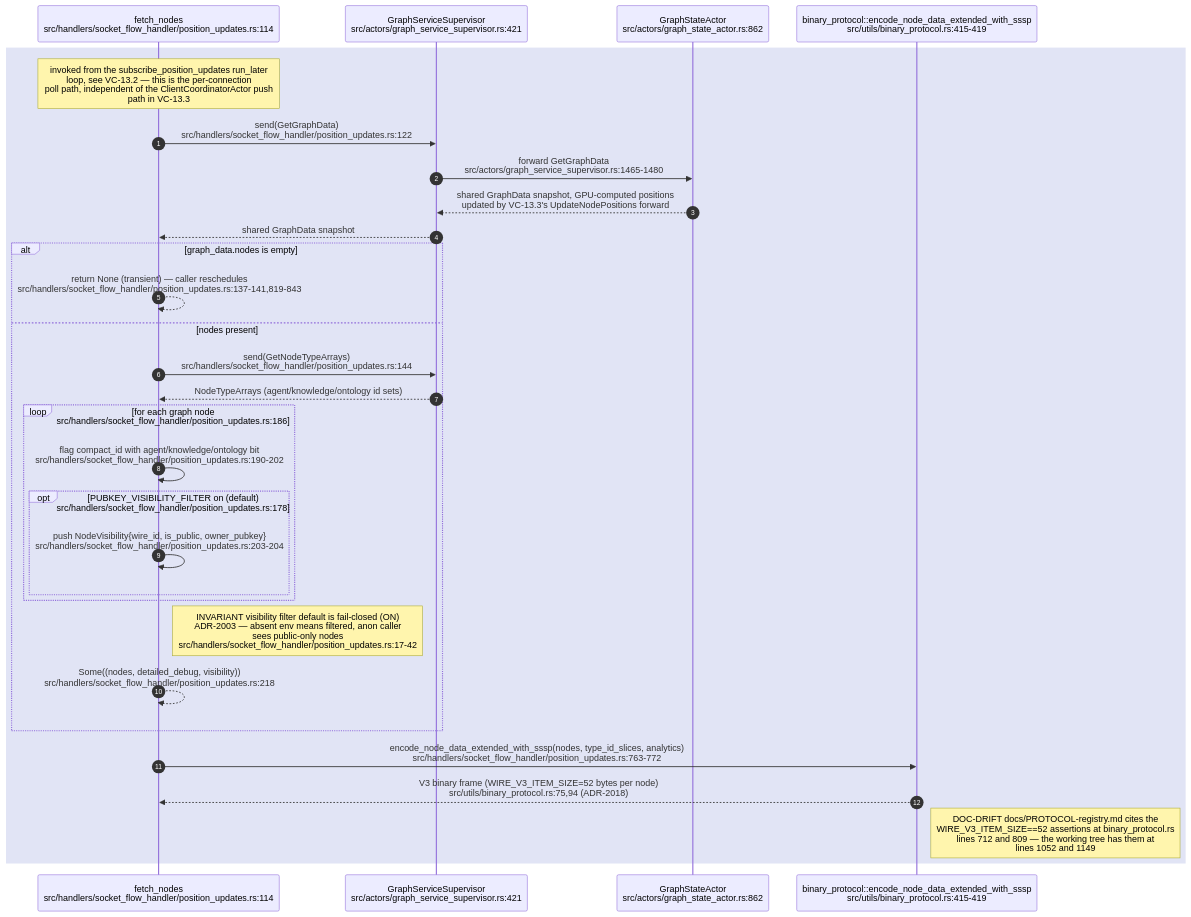
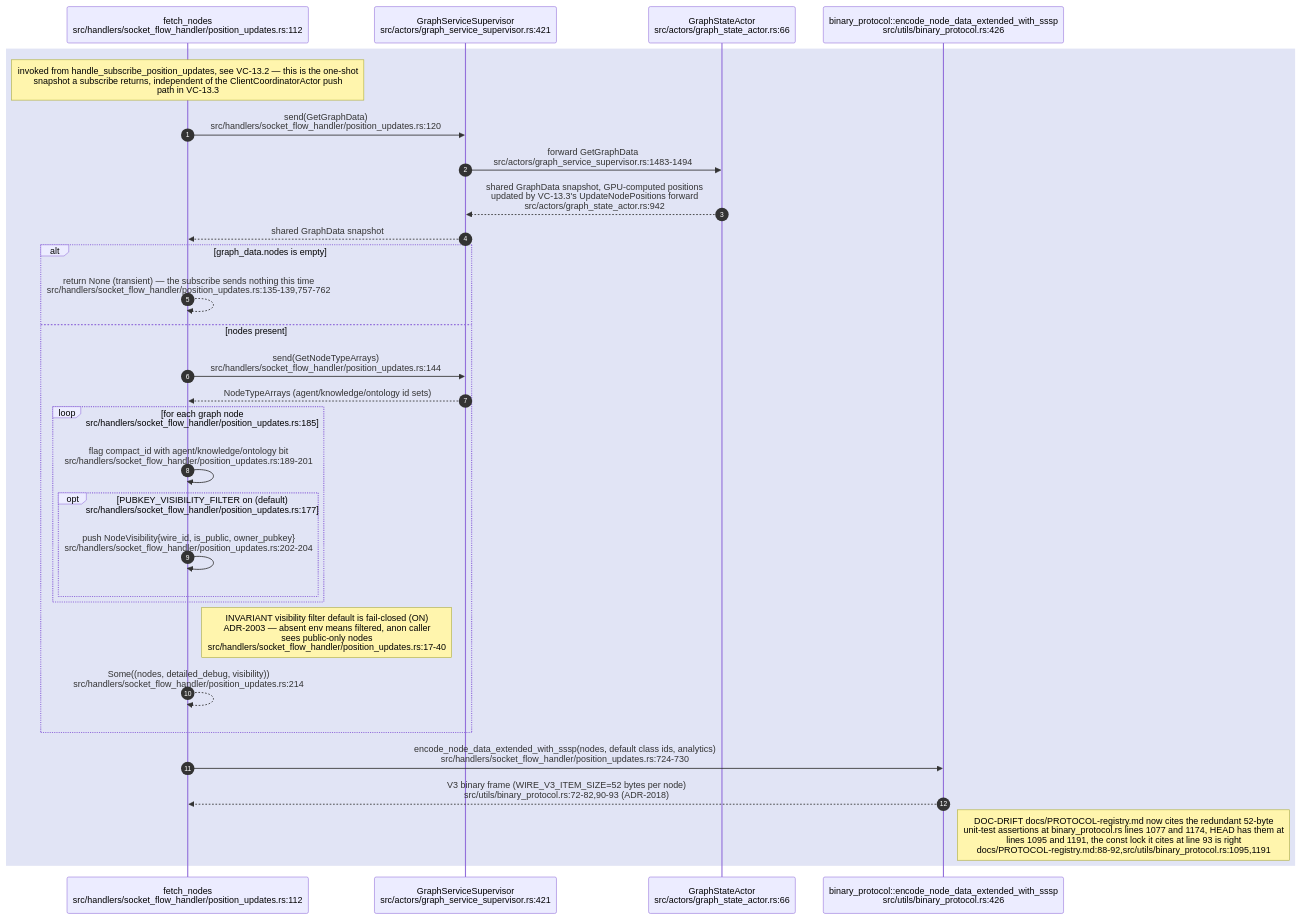
The seventh of 8 diagrams in docs/diagrams/visionclaw/13-broadcast-pipeline-and-websocket.md (DreamLab-AI/VisionFlow), drawn with Mermaid before and after one commit. The commit also changed other lines of this file and 4 other files, not shown here.

Commit message:
docs(diagrams): re-verify visionclaw 13 and 32 against project HEAD

````diff
--- a/docs/diagrams/visionclaw/13-broadcast-pipeline-and-websocket.md
+++ b/docs/diagrams/visionclaw/13-broadcast-pipeline-and-websocket.md
@@ -356,33 +452,33 @@
 ```mermaid
 sequenceDiagram
     autonumber
-    participant PU as fetch_nodes<br/>src/handlers/socket_flow_handler/position_updates.rs:114
+    participant PU as fetch_nodes<br/>src/handlers/socket_flow_handler/position_updates.rs:112
     participant GSS as GraphServiceSupervisor<br/>src/actors/graph_service_supervisor.rs:421
-    participant GSA as GraphStateActor<br/>src/actors/graph_state_actor.rs:862
-    participant BIN as binary_protocol::encode_node_data_extended_with_sssp<br/>src/utils/binary_protocol.rs:415-419
+    participant GSA as GraphStateActor<br/>src/actors/graph_state_actor.rs:66
+    participant BIN as binary_protocol::encode_node_data_extended_with_sssp<br/>src/utils/binary_protocol.rs:426
 
     rect rgb(225,228,245)
-    Note over PU: invoked from the subscribe_position_updates run_later<br/>loop, see VC-13.2 — this is the per-connection<br/>poll path, independent of the ClientCoordinatorActor push<br/>path in VC-13.3
-    PU->>GSS: send(GetGraphData)<br/>src/handlers/socket_flow_handler/position_updates.rs:122
-    GSS->>GSA: forward GetGraphData<br/>src/actors/graph_service_supervisor.rs:1465-1480
-    GSA-->>GSS: shared GraphData snapshot, GPU-computed positions<br/>updated by VC-13.3's UpdateNodePositions forward
+    Note over PU: invoked from handle_subscribe_position_updates, see VC-13.2 — this is the one-shot<br/>snapshot a subscribe returns, independent of the ClientCoordinatorActor push<br/>path in VC-13.3
+    PU->>GSS: send(GetGraphData)<br/>src/handlers/socket_flow_handler/position_updates.rs:120
+    GSS->>GSA: forward GetGraphData<br/>src/actors/graph_service_supervisor.rs:1483-1494
+    GSA-->>GSS: shared GraphData snapshot, GPU-computed positions<br/>updated by VC-13.3's UpdateNodePositions forward<br/>src/actors/graph_state_actor.rs:942
     GSS-->>PU: shared GraphData snapshot
     alt graph_data.nodes is empty
-        PU-->>PU: return None (transient) — caller reschedules<br/>src/handlers/socket_flow_handler/position_updates.rs:137-141,819-843
+        PU-->>PU: return None (transient) — the subscribe sends nothing this time<br/>src/handlers/socket_flow_handler/position_updates.rs:135-139,757-762
     else nodes present
         PU->>GSS: send(GetNodeTypeArrays)<br/>src/handlers/socket_flow_handler/position_updates.rs:144
         GSS-->>PU: NodeTypeArrays (agent/knowledge/ontology id sets)
-        loop for each graph node<br/>src/handlers/socket_flow_handler/position_updates.rs:186
-            PU->>PU: flag compact_id with agent/knowledge/ontology bit<br/>src/handlers/socket_flow_handler/position_updates.rs:190-202
-            opt PUBKEY_VISIBILITY_FILTER on (default)<br/>src/handlers/socket_flow_handler/position_updates.rs:178
-                PU->>PU: push NodeVisibility{wire_id, is_public, owner_pubkey}<br/>src/handlers/socket_flow_handler/position_updates.rs:203-204
+        loop for each graph node<br/>src/handlers/socket_flow_handler/position_updates.rs:185
+            PU->>PU: flag compact_id with agent/knowledge/ontology bit<br/>src/handlers/socket_flow_handler/position_updates.rs:189-201
+            opt PUBKEY_VISIBILITY_FILTER on (default)<br/>src/handlers/socket_flow_handler/position_updates.rs:177
+                PU->>PU: push NodeVisibility{wire_id, is_public, owner_pubkey}<br/>src/handlers/socket_flow_handler/position_updates.rs:202-204
             end
         end
-        Note right of PU: INVARIANT visibility filter default is fail-closed (ON)<br/>ADR-2003 — absent env means filtered, anon caller<br/>sees public-only nodes<br/>src/handlers/socket_flow_handler/position_updates.rs:17-42
-        PU-->>PU: Some((nodes, detailed_debug, visibility))<br/>src/handlers/socket_flow_handler/position_updates.rs:218
+        Note right of PU: INVARIANT visibility filter default is fail-closed (ON)<br/>ADR-2003 — absent env means filtered, anon caller<br/>sees public-only nodes<br/>src/handlers/socket_flow_handler/position_updates.rs:17-40
+        PU-->>PU: Some((nodes, detailed_debug, visibility))<br/>src/handlers/socket_flow_handler/position_updates.rs:214
     end
-    PU->>BIN: encode_node_data_extended_with_sssp(nodes, type_id_slices, analytics)<br/>src/handlers/socket_flow_handler/position_updates.rs:763-772
-    BIN-->>PU: V3 binary frame (WIRE_V3_ITEM_SIZE=52 bytes per node)<br/>src/utils/binary_protocol.rs:75,94 (ADR-2018)
-    Note right of BIN: DOC-DRIFT docs/PROTOCOL-registry.md cites the<br/>WIRE_V3_ITEM_SIZE==52 assertions at binary_protocol.rs<br/>lines 712 and 809 — the working tree has them at<br/>lines 1052 and 1149
+    PU->>BIN: encode_node_data_extended_with_sssp(nodes, default class ids, analytics)<br/>src/handlers/socket_flow_handler/position_updates.rs:724-730
+    BIN-->>PU: V3 binary frame (WIRE_V3_ITEM_SIZE=52 bytes per node)<br/>src/utils/binary_protocol.rs:72-82,90-93 (ADR-2018)
+    Note right of BIN: DOC-DRIFT docs/PROTOCOL-registry.md now cites the redundant 52-byte<br/>unit-test assertions at binary_protocol.rs lines 1077 and 1174, HEAD has them at<br/>lines 1095 and 1191, the const lock it cites at line 93 is right<br/>docs/PROTOCOL-registry.md:88-92,src/utils/binary_protocol.rs:1095,1191
     end
 ```
````
